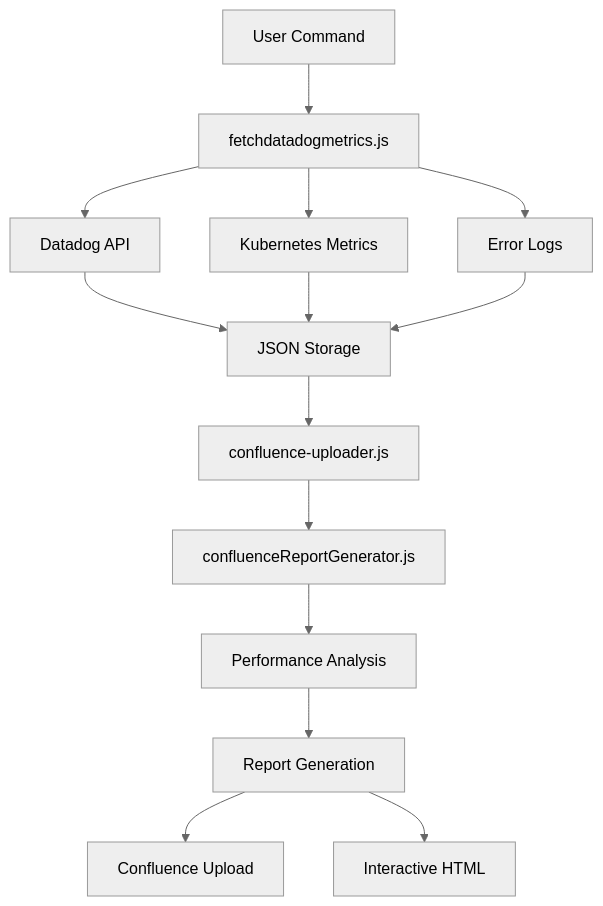
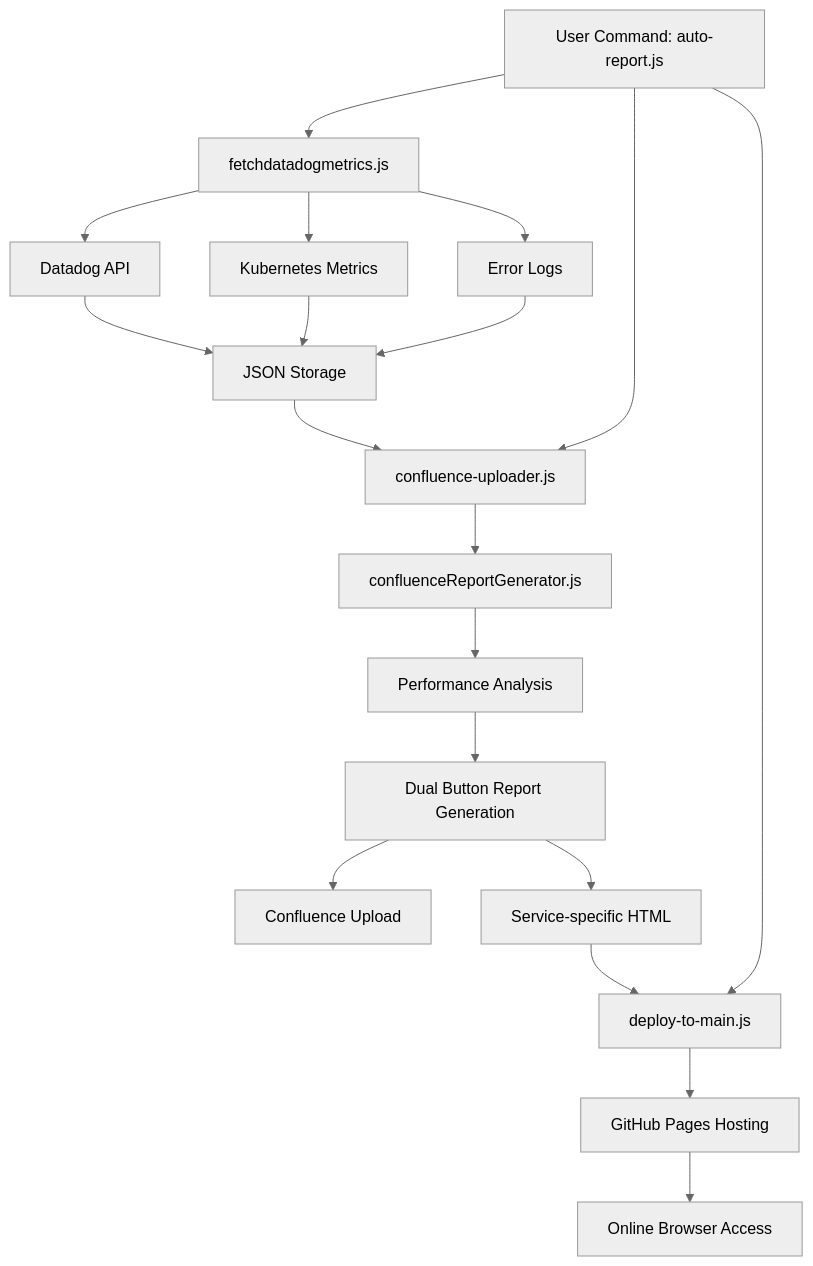
One commit to endpointclosing/auto-performance-report changed the diagram in README.md. Above: the diagram before and after it, drawn with Mermaid (neutral theme). The commit also changed other lines of this file and 5 other files, not shown here.

Commit message:
updated script with browser link in report with webhost using githubpages

````diff
--- a/README.md
+++ b/README.md
@@ -179,18 +235,24 @@
 ```mermaid
 flowchart TD
-    A[User Command] --> B[fetchdatadogmetrics.js]
+    A[User Command: auto-report.js] --> B[fetchdatadogmetrics.js]
     B --> C[Datadog API]
     B --> D[Kubernetes Metrics]  
     B --> E[Error Logs]
     
     C --> F[JSON Storage]
     D --> F
     E --> F
     
-    F --> G[confluence-uploader.js]
+    A --> G[confluence-uploader.js]
+    F --> G
     G --> H[confluenceReportGenerator.js]
     H --> I[Performance Analysis]
-    I --> J[Report Generation]
+    I --> J[Dual Button Report Generation]
     J --> K[Confluence Upload]
-    J --> L[Interactive HTML]
+    J --> L[Service-specific HTML]
+    
+    A --> M[deploy-to-main.js]
+    L --> M
+    M --> N[GitHub Pages Hosting]
+    N --> O[Online Browser Access]
 ```
````
